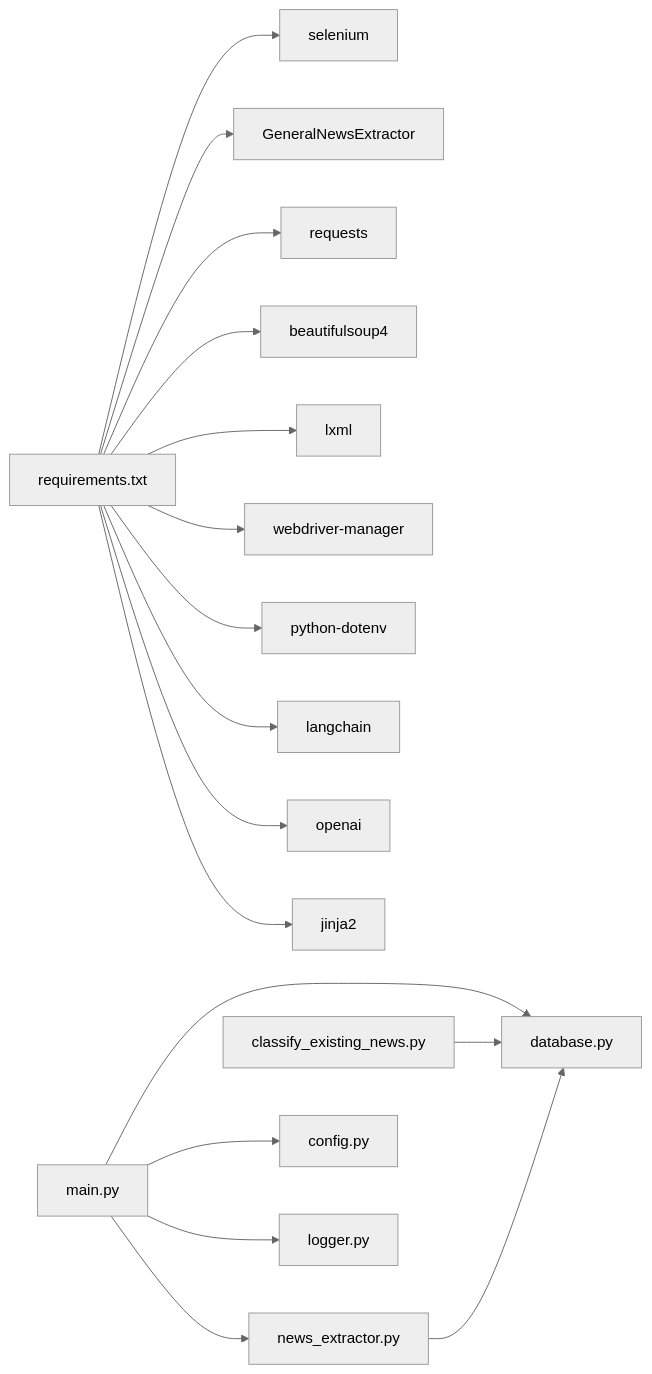
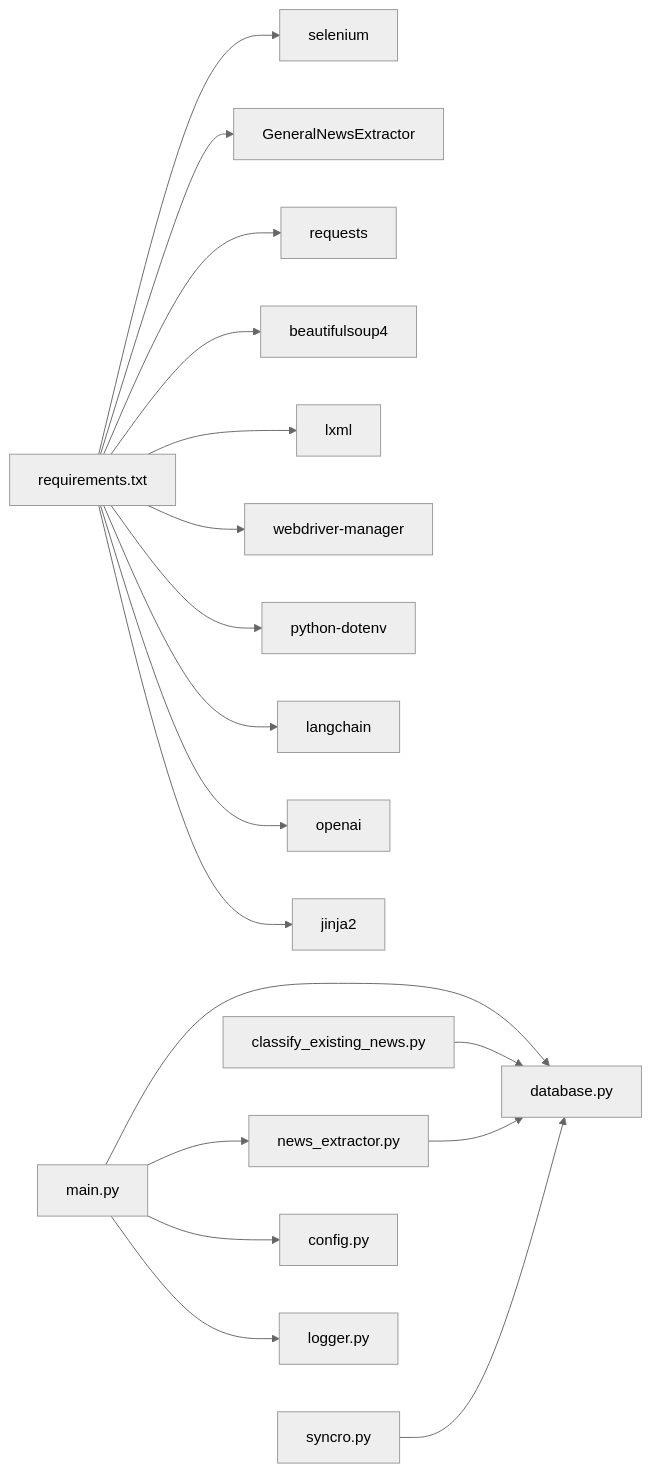
One commit to dengwanqian/news-exacter changed the fifth of 5 diagrams in .qoder/repowiki/zh/content/核心模块详解/数据库管理模块 (database.py).md. Above: the diagram before and after it, drawn with Mermaid (neutral theme). The commit also changed other lines of this file and 7 other files, not shown here.

````diff
--- a/.qoder/repowiki/zh/content/核心模块详解/数据库管理模块 (database.py).md
+++ b/.qoder/repowiki/zh/content/核心模块详解/数据库管理模块 (database.py).md
@@ -275,19 +305,20 @@
 ```mermaid
 graph LR
 REQ["requirements.txt"] --> SELENIUM["selenium"]
 REQ --> GNE["GeneralNewsExtractor"]
 REQ --> REQUESTS["requests"]
 REQ --> BS4["beautifulsoup4"]
 REQ --> LXML["lxml"]
 REQ --> WDM["webdriver-manager"]
 REQ --> DOTENV["python-dotenv"]
 REQ --> LANGCHAIN["langchain"]
 REQ --> OPENAI["openai"]
 REQ --> JINJA2["jinja2"]
 MAIN["main.py"] --> DB["database.py"]
 CLF["classify_existing_news.py"] --> DB
 EXT["news_extractor.py"] --> DB
+SYNC["syncro.py"] --> DB
 MAIN --> EXT
 MAIN --> CFG["config.py"]
 MAIN --> LOG["logger.py"]
 ```
````
